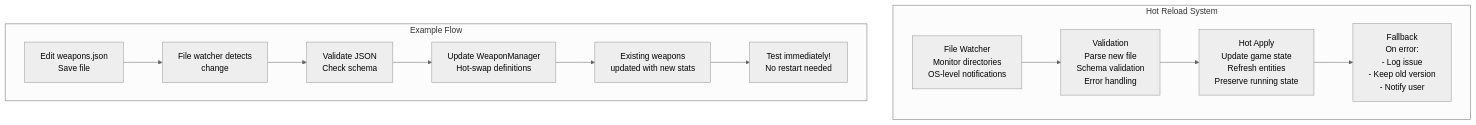
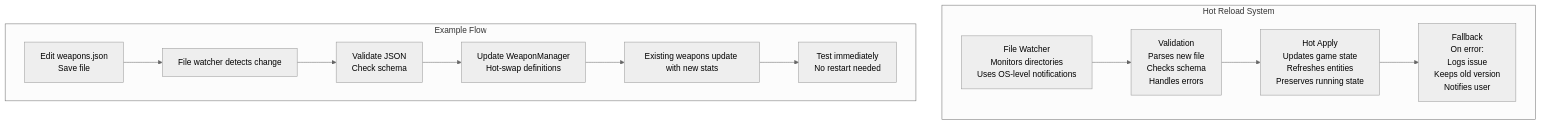
Diagram 20 of 26 in chapter_08_architectural_patterns.md (jukofyork/CloseCombatClones-ComparativeArchitecture), drawn with Mermaid (neutral theme) before and after one commit. The commit also changed other lines of this file and 23 other files, not shown here.

````diff
--- a/chapter_08_architectural_patterns.md
+++ b/chapter_08_architectural_patterns.md
@@ -3092,43 +3020,41 @@
 ```mermaid
 flowchart TB
     subgraph "Hot Reload System"
         W[File Watcher
-        Monitor directories
-        OS-level notifications]
-        
+        Monitors directories
+        Uses OS-level notifications]
+
         V[Validation
-        Parse new file
-        Schema validation
-        Error handling]
-        
+        Parses new file
+        Checks schema
+        Handles errors]
+
         H[Hot Apply
-        Update game state
-        Refresh entities
-        Preserve running state]
-        
+        Updates game state
+        Refreshes entities
+        Preserves running state]
+
         F[Fallback
         On error:
-        - Log issue
-        - Keep old version
-        - Notify user]
+        Logs issue
+        Keeps old version
+        Notifies user]
     end
-    
+
     subgraph "Example Flow"
         E1[Edit weapons.json
         Save file]
-        E2[File watcher detects
-        change]
+        E2[File watcher detects change]
         E3[Validate JSON
         Check schema]
         E4[Update WeaponManager
         Hot-swap definitions]
-        E5[Existing weapons
-        updated with new stats]
-        E6[Test immediately!
+        E5[Existing weapons update with new stats]
+        E6[Test immediately
         No restart needed]
     end
-    
+
     E1 --> E2 --> E3 --> E4 --> E5 --> E6
-    
+
     W --> V --> H --> F
 ```
````
